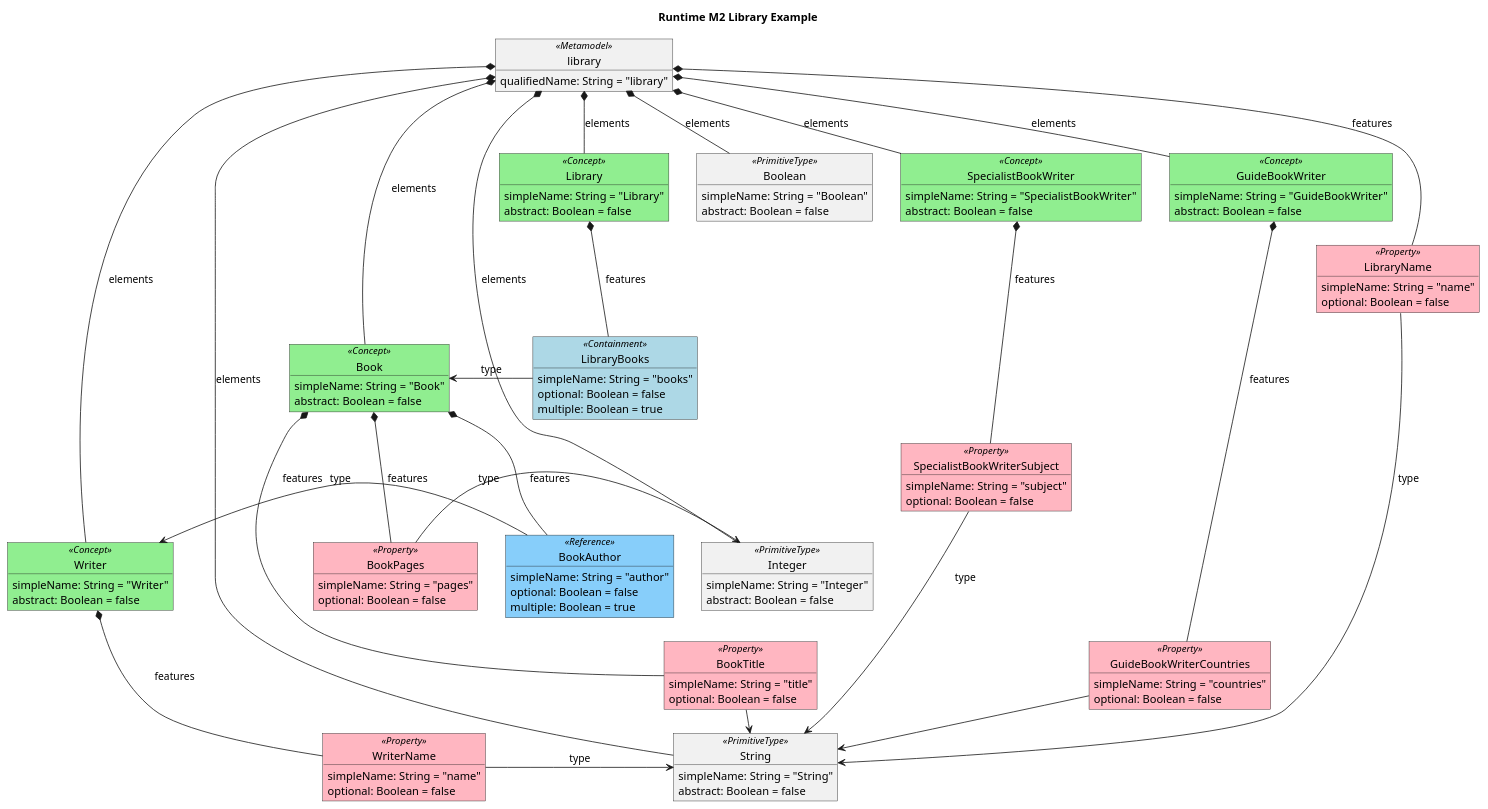
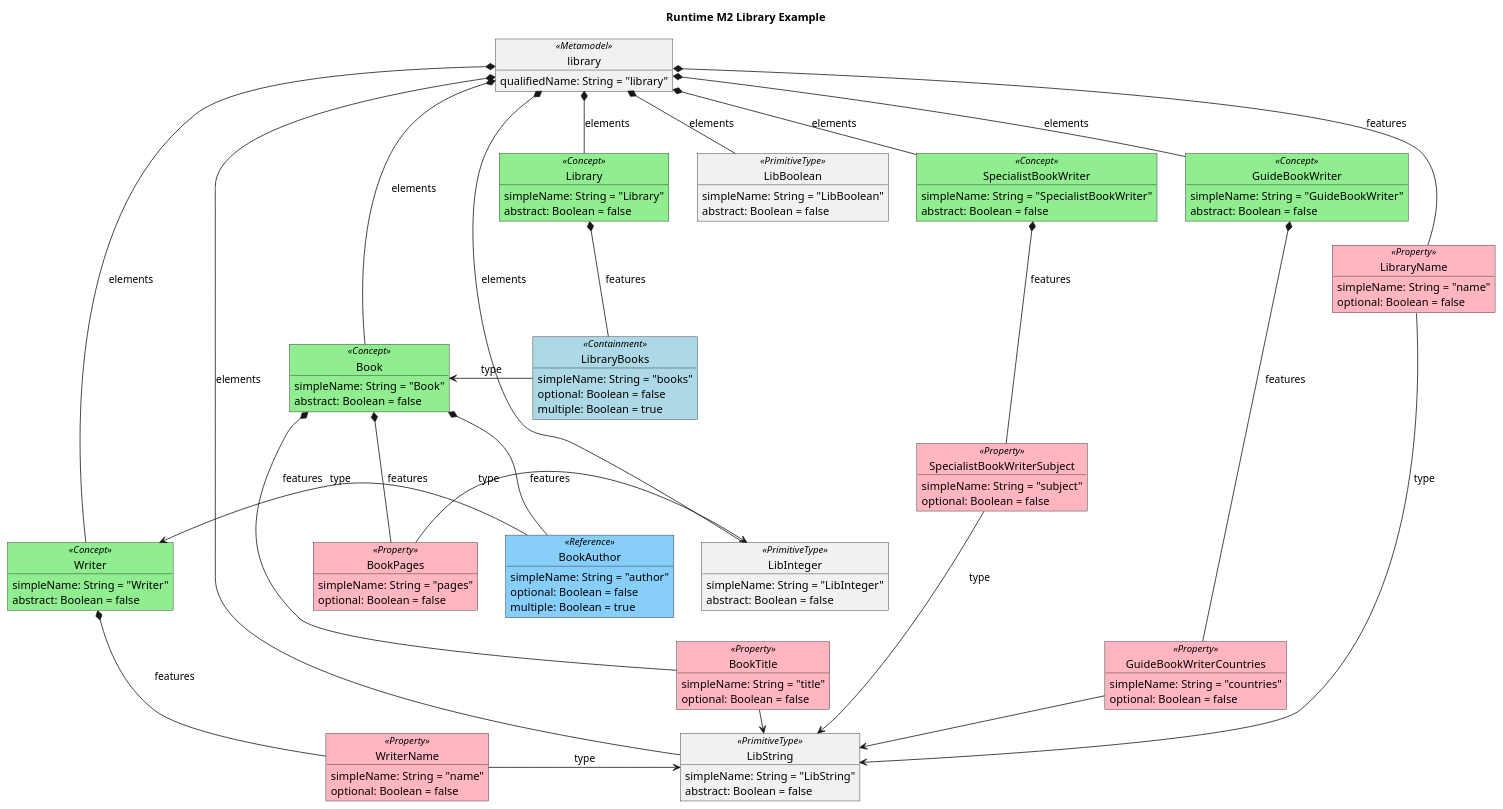
The diagram in lioncore/library-example/runtime-library-m2.puml (LionWeb-io/specification), drawn with PlantUML before and after one commit. The commit also changed 2 other files, not shown here.

Commit message:
separated String/Boolean/Integer from LibString/LibBoolean/LibInteger

```diff
--- a/lioncore/library-example/runtime-library-m2.puml
+++ b/lioncore/library-example/runtime-library-m2.puml
@@ -1,124 +1,124 @@
 @startuml
 title Runtime M2 Library Example
 
 skinparam object {
     BackgroundColor<<Concept>> LightGreen
     BackgroundColor<<Reference>> LightSkyBlue
     BackgroundColor<<Property>> LightPink
     BackgroundColor<<Containment>> LightBlue
 }
 
 object "library" as library<<Metamodel>> {
     qualifiedName: String = "library"
 }
 
-object "Boolean" as Boolean<<PrimitiveType>> {
-    simpleName: String = "Boolean"
+object "LibBoolean" as LibBoolean<<PrimitiveType>> {
+    simpleName: String = "LibBoolean"
     abstract: Boolean = false
 }
-library *-- Boolean: elements
+library *-- LibBoolean: elements
 
-object "String" as String<<PrimitiveType>> {
-    simpleName: String = "String"
+object "LibString" as LibString<<PrimitiveType>> {
+    simpleName: String = "LibString"
     abstract: Boolean = false
 }
-library *-- String: elements
+library *-- LibString: elements
 
-object "Integer" as Integer<<PrimitiveType>> {
-    simpleName: String = "Integer"
+object "LibInteger" as LibInteger<<PrimitiveType>> {
+    simpleName: String = "LibInteger"
     abstract: Boolean = false
 }
-library *-- Integer: elements
+library *-- LibInteger: elements
 
 object "Library" as Library<<Concept>> {
     simpleName: String = "Library"
     abstract: Boolean = false
 }
 library *-- Library: elements
 
 object "LibraryName" as LibraryName<<Property>> {
     simpleName: String = "name"
     optional: Boolean = false
 }
 library *-- LibraryName: features
-LibraryName -> String: type
+LibraryName -> LibString: type
 
 object "LibraryBooks" as LibraryBooks<<Containment>> {
     simpleName: String = "books"
     optional: Boolean = false
     multiple: Boolean = true
 }
 Library *-- LibraryBooks: features
 
 object "Book" as Book<<Concept>> {
     simpleName: String = "Book"
     abstract: Boolean = false
 }
 library *-- Book: elements
 
 LibraryBooks -> Book: type
 
 object "BookTitle" as BookTitle<<Property>> {
     simpleName: String = "title"
     optional: Boolean = false
 }
 Book *-- BookTitle: features
-BookTitle -> String: type
+BookTitle -> LibString: type
 
 object "BookPages" as BookPages<<Property>> {
     simpleName: String = "pages"
     optional: Boolean = false
 }
 Book *-- BookPages: features
-BookPages -> Integer: type
+BookPages -> LibInteger: type
 
 object "BookAuthor" as BookAuthor<<Reference>> {
     simpleName: String = "author"
     optional: Boolean = false
     multiple: Boolean = true
 }
 Book *-- BookAuthor: features
 
 object "Writer" as Writer<<Concept>> {
     simpleName: String = "Writer"
     abstract: Boolean = false
 }
 library *-- Writer: elements
 
 BookAuthor -> Writer: type
 
 object "WriterName" as WriterName<<Property>> {
     simpleName: String = "name"
     optional: Boolean = false
 }
 Writer *-- WriterName: features
-WriterName -> String: type
+WriterName -> LibString: type
 
 object "SpecialistBookWriter" as SpecialistBookWriter<<Concept>> {
     simpleName: String = "SpecialistBookWriter"
     abstract: Boolean = false
 }
 library *-- SpecialistBookWriter: elements
 
 object "SpecialistBookWriterSubject" as SpecialistBookWriterSubject<<Property>> {
     simpleName: String = "subject"
     optional: Boolean = false
 }
 SpecialistBookWriter *-- SpecialistBookWriterSubject: features
-SpecialistBookWriterSubject -> String: type
+SpecialistBookWriterSubject -> LibString: type
 
 object "GuideBookWriter" as GuideBookWriter<<Concept>> {
     simpleName: String = "GuideBookWriter"
     abstract: Boolean = false
 }
 library *-- GuideBookWriter: elements
 
 object "GuideBookWriterCountries" as GuideBookWriterCountries<<Property>> {
     simpleName: String = "countries"
     optional: Boolean = false
 }
 GuideBookWriter *-- GuideBookWriterCountries: features
-GuideBookWriterCountries -> String: type
+GuideBookWriterCountries -> LibString: type
 
 
 @enduml
```
